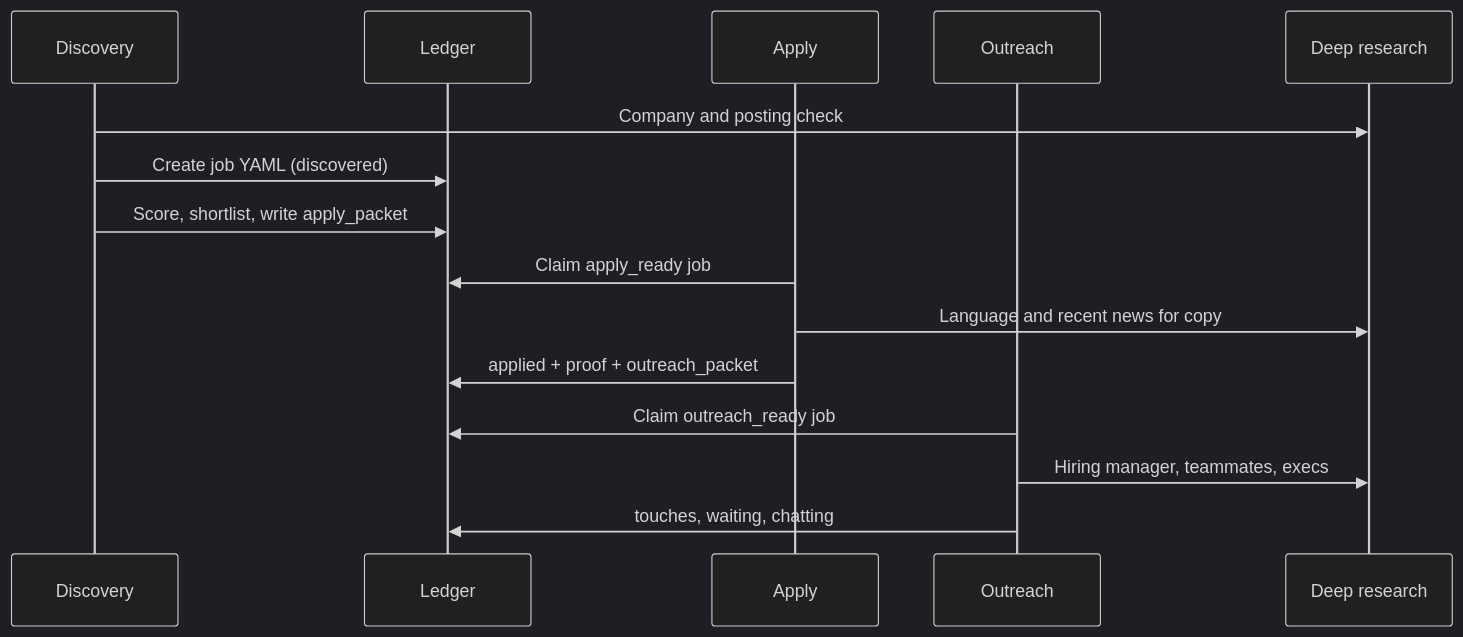
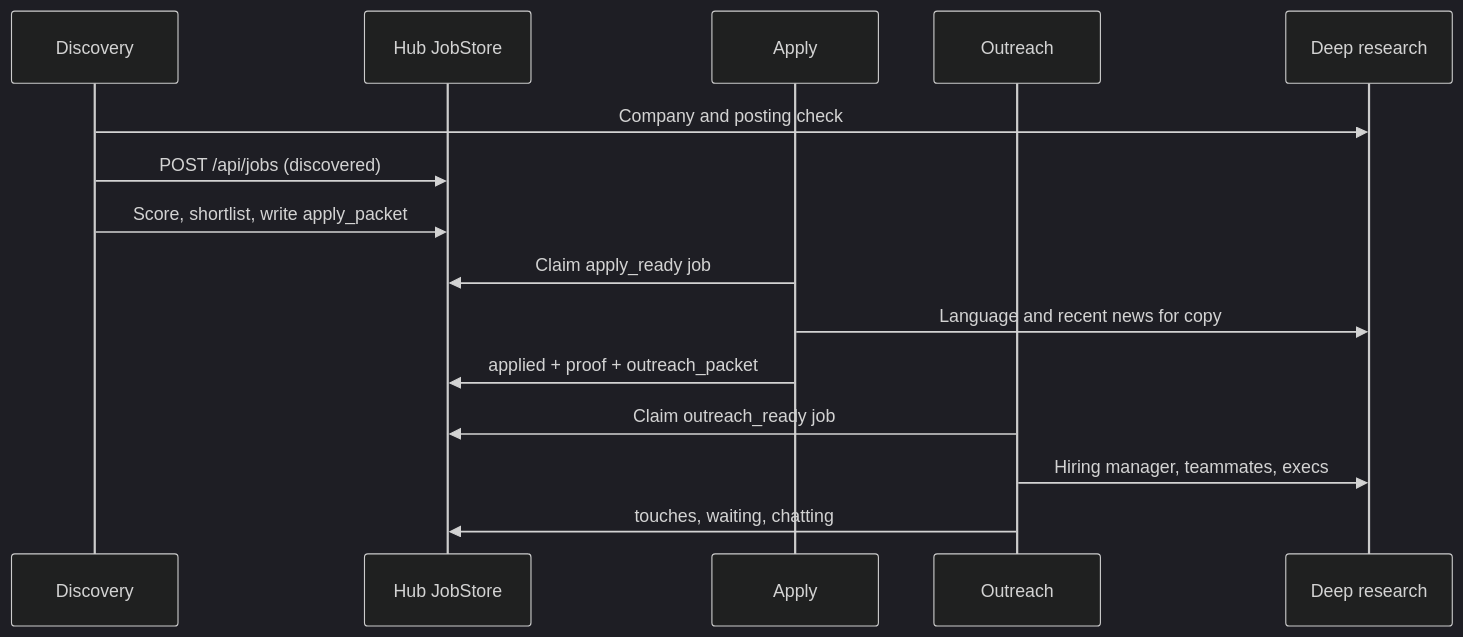
The second of 2 diagrams in docs/architecture.md (unownone/jobos), drawn with Mermaid (dark theme) before and after one commit. The commit also changed other lines of this file and 15 other files, not shown here.

First line of the commit message:
Replace git-ledger docs with Hub JobStore as the live list.

````diff
--- a/docs/architecture.md
+++ b/docs/architecture.md
@@ -120,18 +120,18 @@
 ```mermaid
 sequenceDiagram
   participant D as Discovery
-  participant L as Ledger
+  participant L as Hub JobStore
   participant A as Apply
   participant O as Outreach
   participant R as Deep research
 
   D->>R: Company and posting check
-  D->>L: Create job YAML (discovered)
+  D->>L: POST /api/jobs (discovered)
   D->>L: Score, shortlist, write apply_packet
   A->>L: Claim apply_ready job
   A->>R: Language and recent news for copy
   A->>L: applied + proof + outreach_packet
   O->>L: Claim outreach_ready job
   O->>R: Hiring manager, teammates, execs
   O->>L: touches, waiting, chatting
 ```
````
